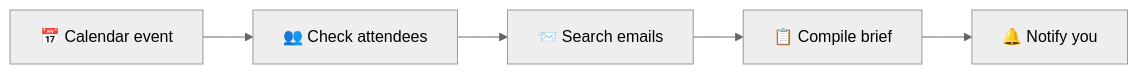
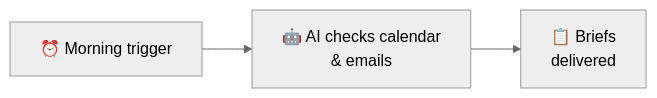
The diagram in docs-site/use-cases/meeting-prep.md (hivemind-os/hivemind), drawn with Mermaid (neutral theme) before and after one commit. The commit also changed other lines of this file and 7 other files, not shown here.

````diff
--- a/docs-site/use-cases/meeting-prep.md
+++ b/docs-site/use-cases/meeting-prep.md
@@ -5,7 +5,4 @@
 ```mermaid
 flowchart LR
-    A["📅 Calendar event"] --> B["👥 Check attendees"]
-    B --> C["📨 Search emails"]
-    C --> D["📋 Compile brief"]
-    D --> E["🔔 Notify you"]
+    A["⏰ Morning trigger"] --> B["🤖 AI checks calendar\n& emails"] --> C["📋 Briefs\ndelivered"]
 ```
````
